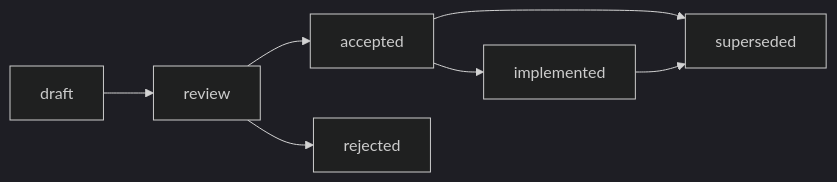
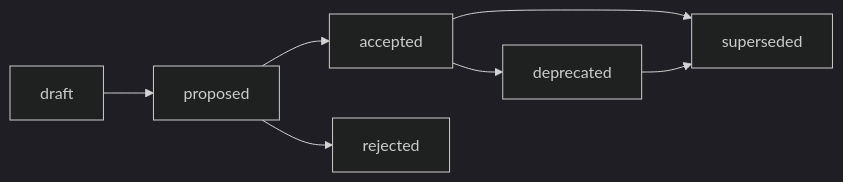
Before and after one commit to konard/G-Ivan-A-hybrid-Intelligence-lab: the diagram in governance/rfc/2026-06-27-rfc-rfc-standard.md, drawn with Mermaid (dark theme). The commit also changed other lines of this file and 146 other files, not shown here.

````diff
--- a/governance/rfc/2026-06-27-rfc-rfc-standard.md
+++ b/governance/rfc/2026-06-27-rfc-rfc-standard.md
@@ -167,9 +173,9 @@
 ```mermaid
 flowchart LR
-    Draft[draft] --> Review[review]
-    Review --> Accepted[accepted]
-    Review --> Rejected[rejected]
-    Accepted --> Implemented[implemented]
+    Draft[draft] --> Proposed[proposed]
+    Proposed --> Accepted[accepted]
+    Proposed --> Rejected[rejected]
+    Accepted --> Deprecated[deprecated]
     Accepted --> Superseded[superseded]
-    Implemented --> Superseded
+    Deprecated --> Superseded
 ```
````
